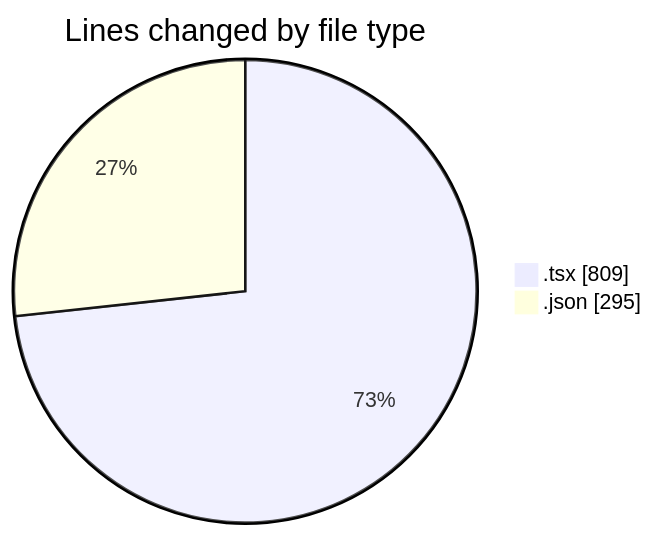
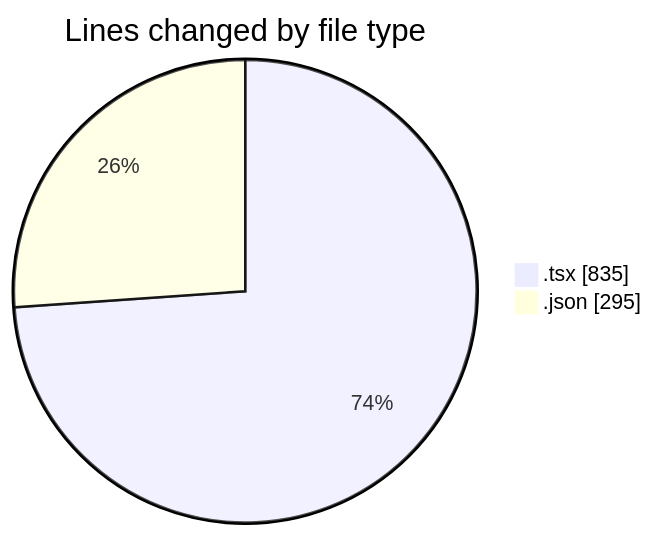
One commit to julien-gomy/code-tracking changed the first of 2 diagrams in 2025-10-11/eventscop-frontend-guide__workspace_/README.md. Above: the diagram before and after it, drawn with Mermaid. The commit also changed other lines of this file and 1 other file, not shown here.

````diff
--- a/2025-10-11/eventscop-frontend-guide__workspace_/README.md
+++ b/2025-10-11/eventscop-frontend-guide__workspace_/README.md
@@ -26,6 +27,6 @@
 ```mermaid
 pie showData
 title Lines changed by file type
-".tsx" : 809
+".tsx" : 835
 ".json" : 295
 ```
````
